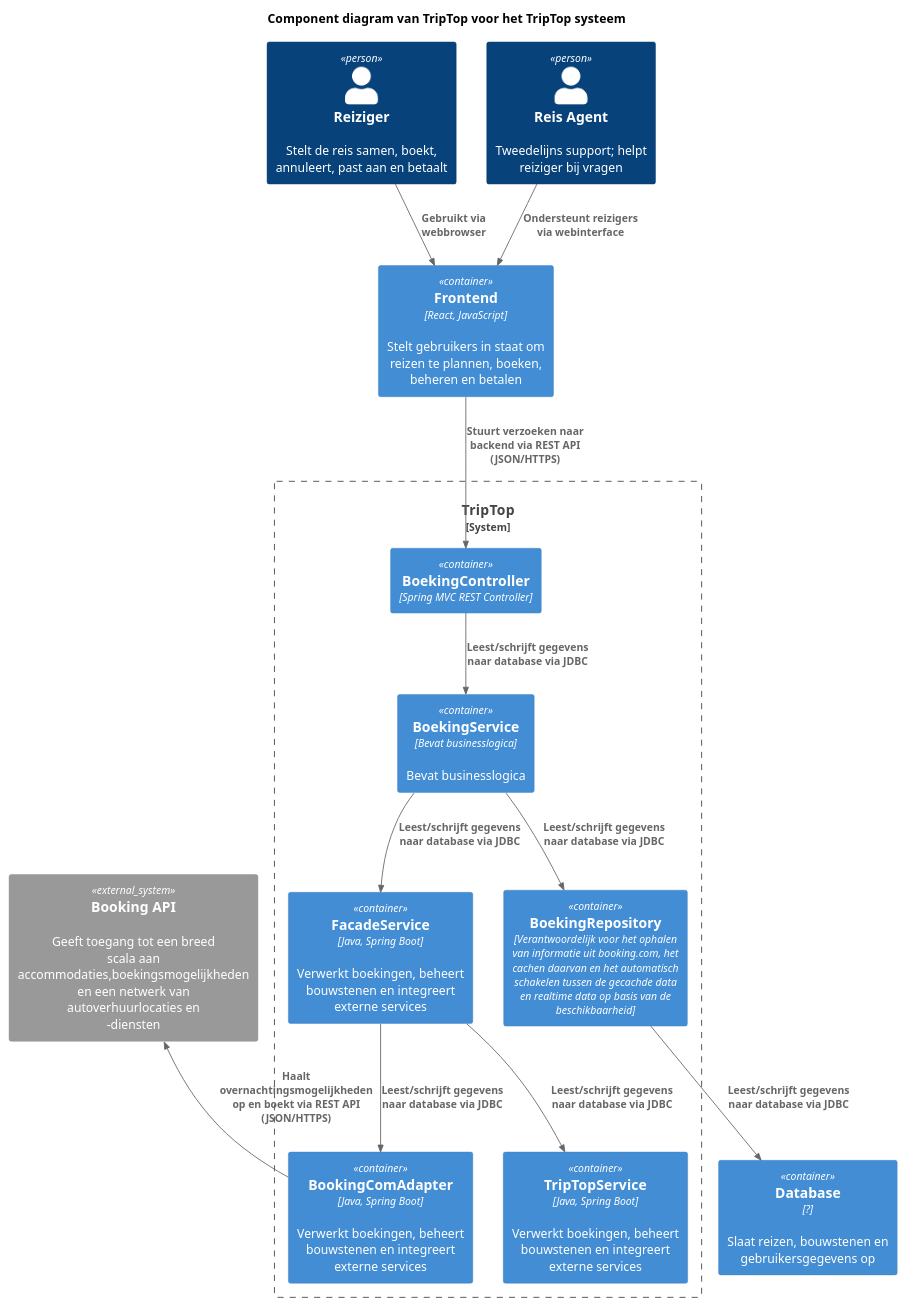
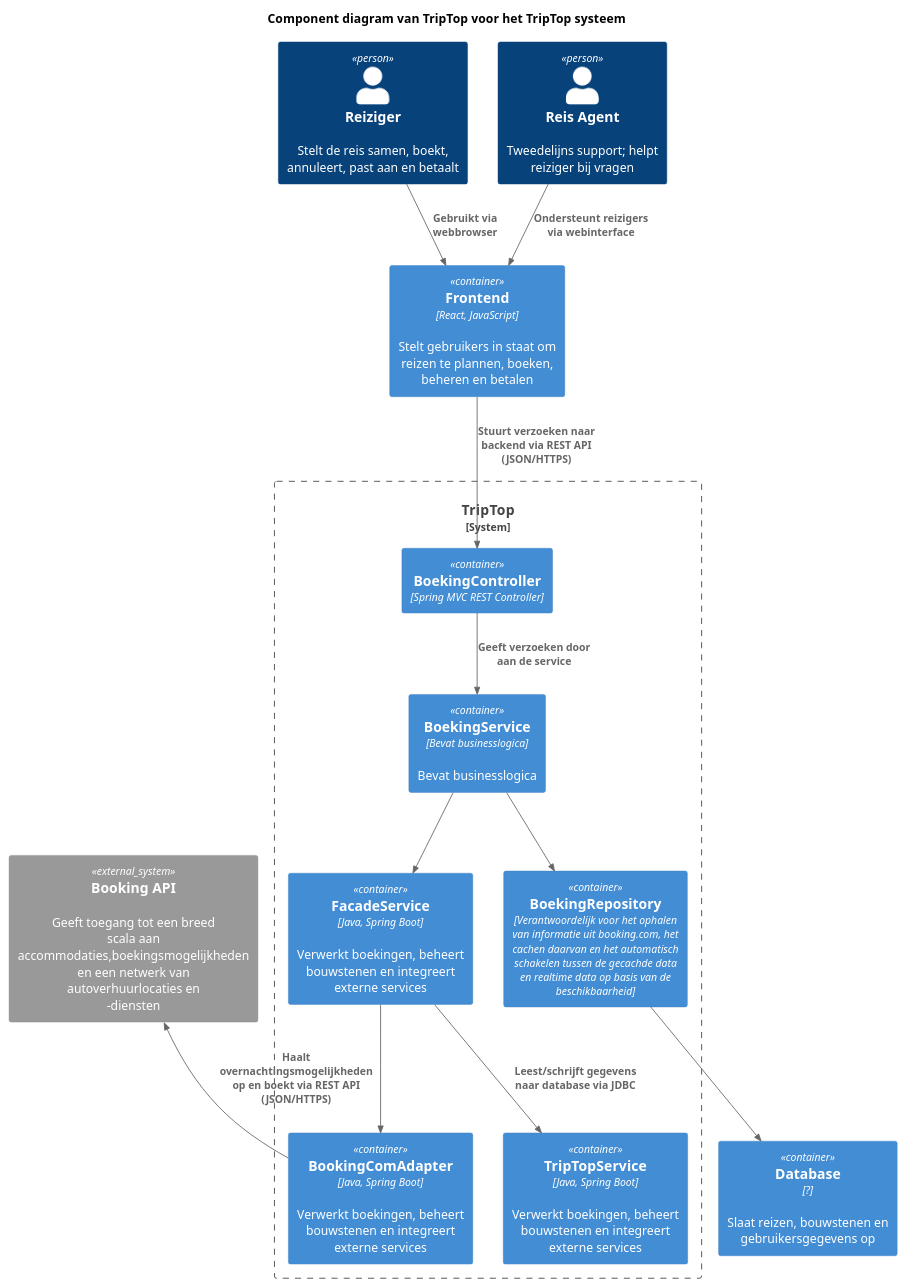
The diagram in component-diagram-sybren/component-diagram.puml (AIM-ENE-feb25/triptop-asas), drawn with PlantUML before and after one commit. The commit also changed 1 other file, not shown here.

```diff
--- a/component-diagram-sybren/component-diagram.puml
+++ b/component-diagram-sybren/component-diagram.puml
@@ -1,38 +1,38 @@
 @startuml
 !include https://raw.githubusercontent.com/plantuml-stdlib/C4-PlantUML/master/C4_Container.puml
 
 title Component diagram van TripTop voor het TripTop systeem
 
 Person(reiziger, "Reiziger", "Stelt de reis samen, boekt, annuleert, past aan en betaalt")
 Person(ondersteuner, "Reis Agent", "Tweedelijns support; helpt reiziger bij vragen")
 
 System_Boundary(triptop, "TripTop") {
     Container(controller, "BoekingController", "Spring MVC REST Controller")
     Container(service, "BoekingService", "Bevat businesslogica", "Bevat businesslogica")
     Container(facade, "FacadeService", "Java, Spring Boot", "Verwerkt boekingen, beheert bouwstenen en integreert externe services")
     Container(boeking_repository, "BoekingRepository", "Verantwoordelijk voor het ophalen van informatie uit booking.com, het cachen daarvan en het automatisch schakelen tussen de gecachde data en realtime data op basis van de beschikbaarheid")
     Container(booking_com_adapter, "BookingComAdapter", "Java, Spring Boot", "Verwerkt boekingen, beheert bouwstenen en integreert externe services")
     Container(triptop_service, "TripTopService", "Java, Spring Boot", "Verwerkt boekingen, beheert bouwstenen en integreert externe services")
 }
 
  Container(frontend, "Frontend", "React, JavaScript", "Stelt gebruikers in staat om reizen te plannen, boeken, beheren en betalen")
  Container(database, "Database", "?", "Slaat reizen, bouwstenen en gebruikersgegevens op")
 
 System_Ext(booking, "Booking API ", "Geeft toegang tot een breed scala aan accommodaties,boekingsmogelijkheden en een netwerk van autoverhuurlocaties en -diensten")
 
 
 ' Relaties gebruiker naar containers
 Rel(reiziger, frontend, "Gebruikt via webbrowser")
 Rel(ondersteuner, frontend, "Ondersteunt reizigers via webinterface")
 
 ' Relaties tussen containers binnen TripTop
 Rel(frontend, controller, "Stuurt verzoeken naar backend via REST API (JSON/HTTPS)")
-Rel(controller, service, "Leest/schrijft gegevens naar database via JDBC")
-Rel(service, facade, "Leest/schrijft gegevens naar database via JDBC")
-Rel(service, boeking_repository, "Leest/schrijft gegevens naar database via JDBC")
-Rel(boeking_repository, database, "Leest/schrijft gegevens naar database via JDBC")
-Rel(facade, booking_com_adapter, "Leest/schrijft gegevens naar database via JDBC")
+Rel(controller, service, "Geeft verzoeken door aan de service")
+Rel(service, facade, "")
+Rel(service, boeking_repository, "")
+Rel(boeking_repository, database, "")
+Rel(facade, booking_com_adapter, "")
 Rel(facade, triptop_service, "Leest/schrijft gegevens naar database via JDBC")
 ' Relaties backend naar externe systemen
 Rel_U(booking_com_adapter, booking, "Haalt overnachtingsmogelijkheden op en boekt via REST API (JSON/HTTPS)")
 @enduml
```
